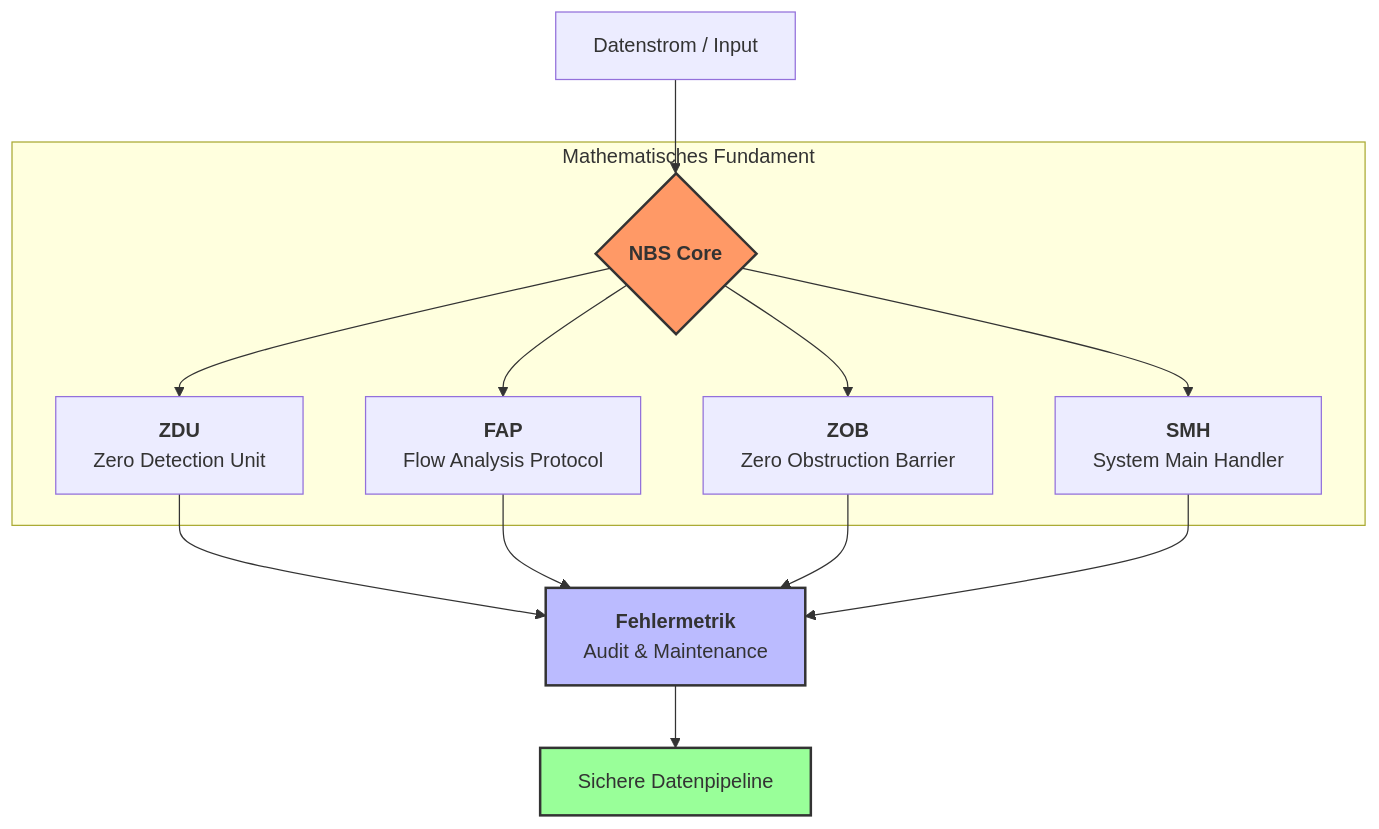
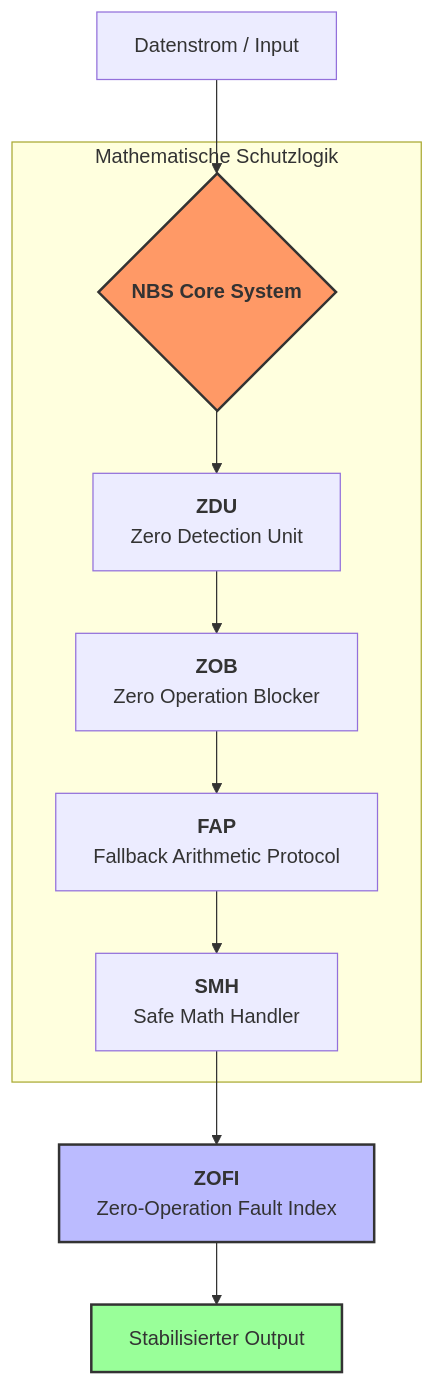
The diagram in README.md (SafeLogic-Global/zero-exclusion-system-nbs), drawn with Mermaid before and after one commit. The commit also changed other lines of this file, not shown here.

````diff
--- a/README.md
+++ b/README.md
@@ -41,16 +26,18 @@
 ```mermaid
 graph TD
-    IN[Datenstrom / Input] --> NBS{<b>NBS Core</b>}
-    subgraph "Mathematisches Fundament"
+    IN[Datenstrom / Input] --> NBS{<b>NBS Core System</b>}
+    
+    subgraph "Mathematische Schutzlogik"
         NBS --> ZDU[<b>ZDU</b><br/>Zero Detection Unit]
-        NBS --> FAP[<b>FAP</b><br/>Flow Analysis Protocol]
-        NBS --> ZOB[<b>ZOB</b><br/>Zero Obstruction Barrier]
-        NBS --> SMH[<b>SMH</b><br/>System Main Handler]
+        ZDU --> ZOB[<b>ZOB</b><br/>Zero Operation Blocker]
+        ZOB --> FAP[<b>FAP</b><br/>Fallback Arithmetic Protocol]
+        FAP --> SMH[<b>SMH</b><br/>Safe Math Handler]
     end
-    ZDU & FAP & ZOB & SMH --> MET[<b>Fehlermetrik</b><br/>Audit & Maintenance]
-    MET --> OUT[Sichere Datenpipeline]
+    
+    SMH --> ZOFI[<b>ZOFI</b><br/>Zero-Operation Fault Index]
+    ZOFI --> OUT[Stabilisierter Output]
 
     style NBS fill:#f96,stroke:#333,stroke-width:2px
-    style MET fill:#bbf,stroke:#333,stroke-width:2px
+    style ZOFI fill:#bbf,stroke:#333,stroke-width:2px
     style OUT fill:#9f9,stroke:#333,stroke-width:2px
 ```
````
